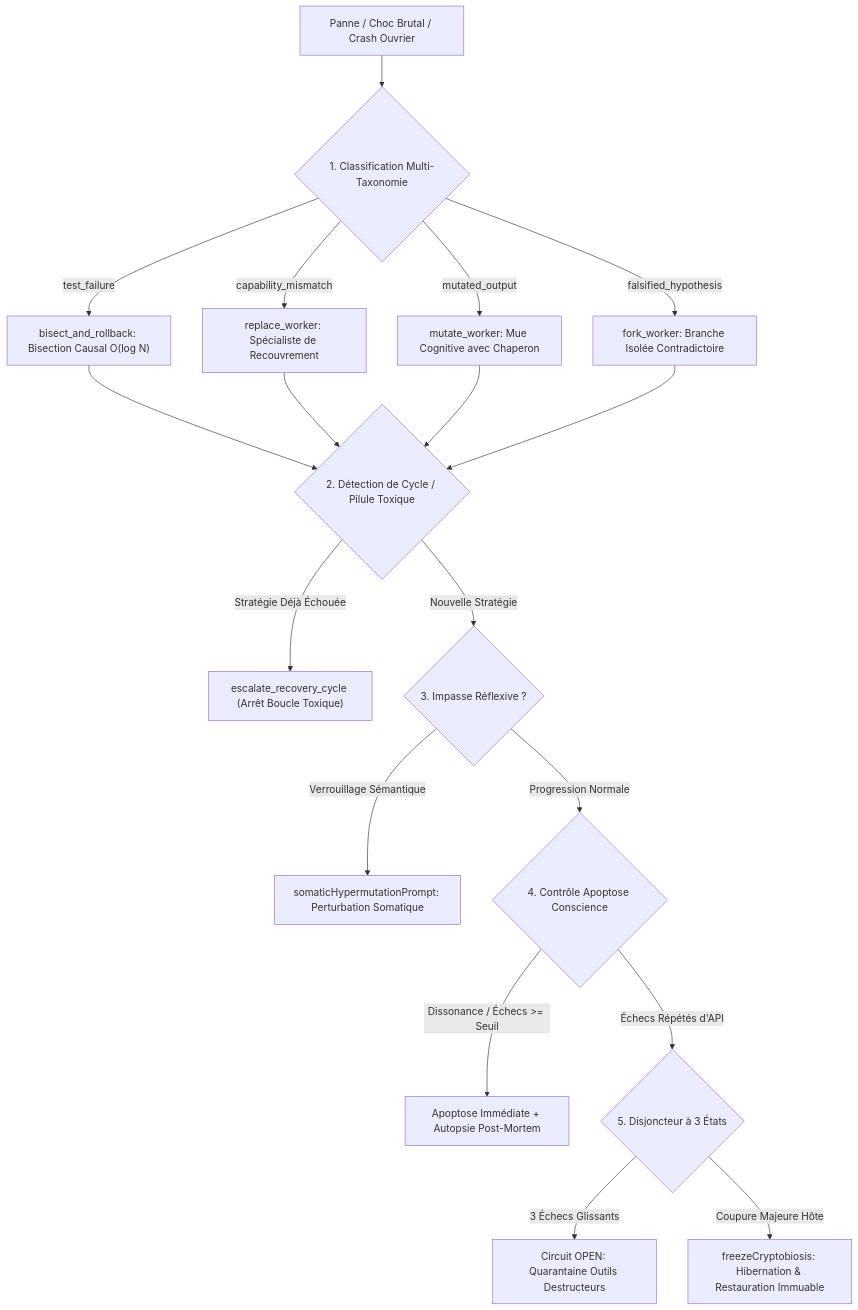
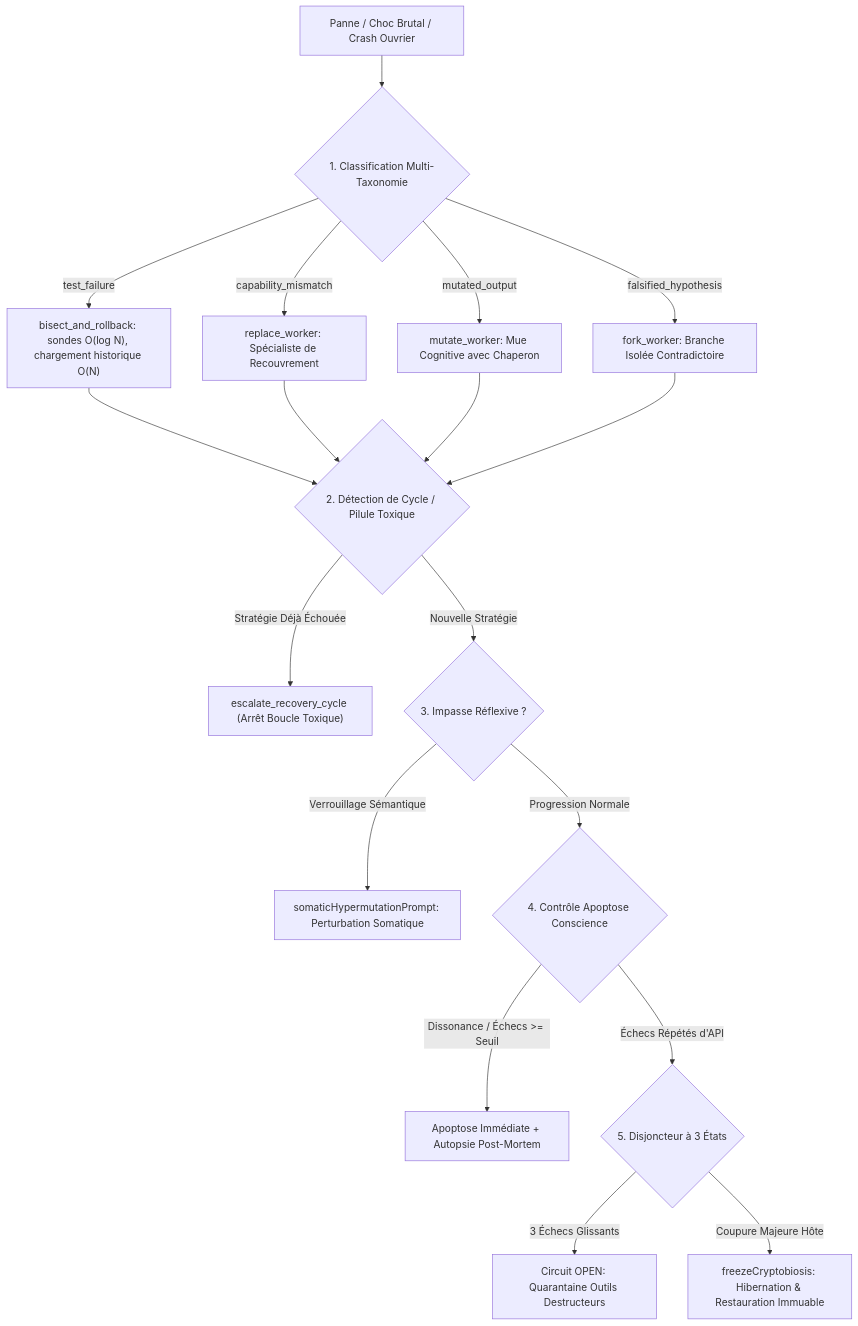
Diagram 16 of 17 in docs/06-qualite-preuves/tests-et-validation.md (PISSARAW/GenOS), drawn with Mermaid before and after one commit. The commit also changed 1 other file, not shown here.

Commit message:
[DOC] Qualifier la complexité de bisection
Receipt:
  docs/06-qualite-preuves/evaluation-qualite.md
  docs/06-qualite-preuves/tests-et-validation.md

````diff
--- a/docs/06-qualite-preuves/tests-et-validation.md
+++ b/docs/06-qualite-preuves/tests-et-validation.md
@@ -1133,22 +1133,22 @@
 ```mermaid
 flowchart TD
     Shock["Panne / Choc Brutal / Crash Ouvrier"] --> Classify{1. Classification Multi-Taxonomie}
     
-    Classify -- test_failure --> Bisect["bisect_and_rollback: Bisection Causal O(log N)"]
+    Classify -- test_failure --> Bisect["bisect_and_rollback: sondes O(log N), chargement historique O(N)"]
     Classify -- capability_mismatch --> Replace["replace_worker: Spécialiste de Recouvrement"]
     Classify -- mutated_output --> Mutate["mutate_worker: Mue Cognitive avec Chaperon"]
     Classify -- falsified_hypothesis --> Fork["fork_worker: Branche Isolée Contradictoire"]
     
     Bisect & Replace & Mutate & Fork --> CycleCheck{2. Détection de Cycle / Pilule Toxique}
     CycleCheck -- Stratégie Déjà Échouée --> EscalateCycle["escalate_recovery_cycle (Arrêt Boucle Toxique)"]
     CycleCheck -- Nouvelle Stratégie --> Somatic{3. Impasse Réflexive ?}
     
     Somatic -- Verrouillage Sémantique --> Hypermutation["somaticHypermutationPrompt: Perturbation Somatique"]
     Somatic -- Progression Normale --> HealthCheck{4. Contrôle Apoptose Conscience}
     
     HealthCheck -- Dissonance / Échecs >= Seuil --> Apoptosis["Apoptose Immédiate + Autopsie Post-Mortem"]
     HealthCheck -- Échecs Répétés d'API --> Breaker{5. Disjoncteur à 3 États}
     
     Breaker -- 3 Échecs Glissants --> OpenBreaker["Circuit OPEN: Quarantaine Outils Destructeurs"]
     Breaker -- Coupure Majeure Hôte --> Cryptobiosis["freezeCryptobiosis: Hibernation & Restauration Immuable"]
 ```
````
